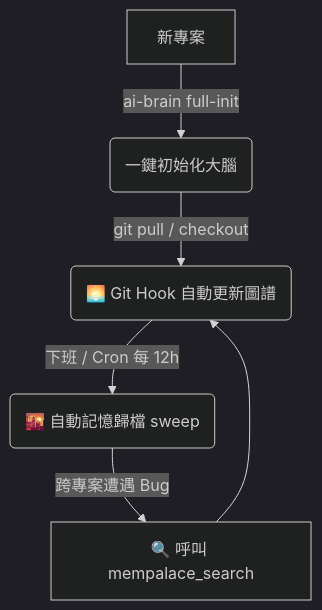
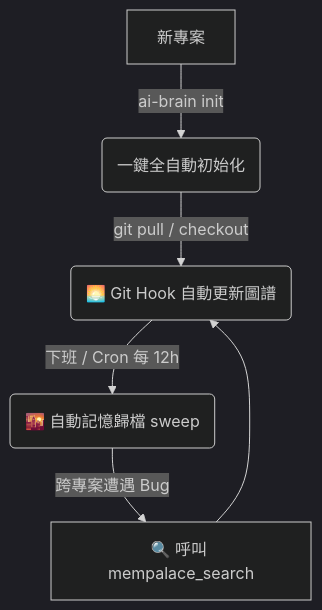
The diagram in docs/AI_Agent_Orchestration_SOP.md (dimx9173/ai-brain), drawn with Mermaid (dark theme) before and after one commit. The commit also changed other lines of this file and 5 other files, not shown here.

````diff
--- a/docs/AI_Agent_Orchestration_SOP.md
+++ b/docs/AI_Agent_Orchestration_SOP.md
@@ -108,8 +108,8 @@
 ```mermaid
 graph TD
-    A[新專案] -->|ai-brain full-init| B(一鍵初始化大腦)
+    A[新專案] -->|ai-brain init| B(一鍵全自動初始化)
     B -->|git pull / checkout| C(🌅 Git Hook 自動更新圖譜)
     C -->|下班 / Cron 每 12h| D(🌇 自動記憶歸檔 sweep)
     D -->|跨專案遭遇 Bug| E[🔍 呼叫 mempalace_search]
     E --> C
 ```
````
